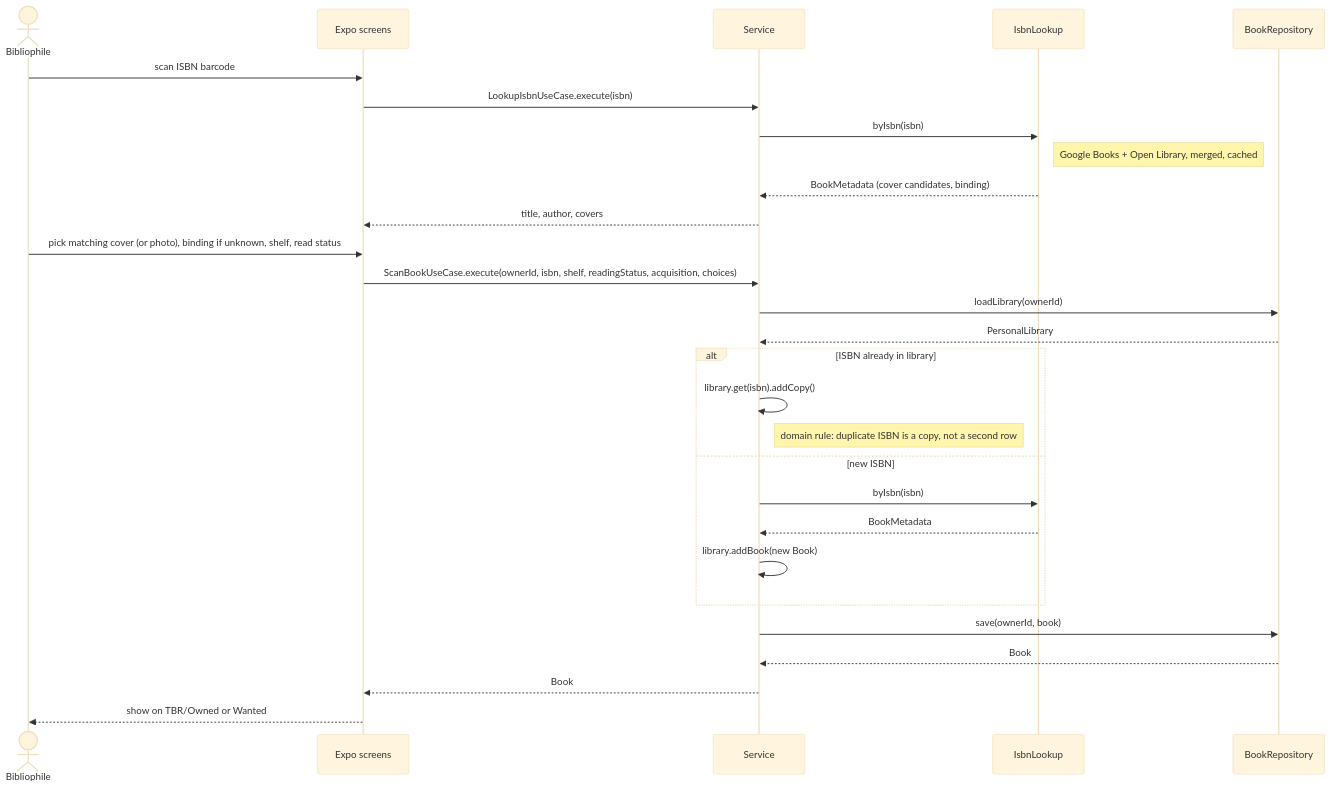
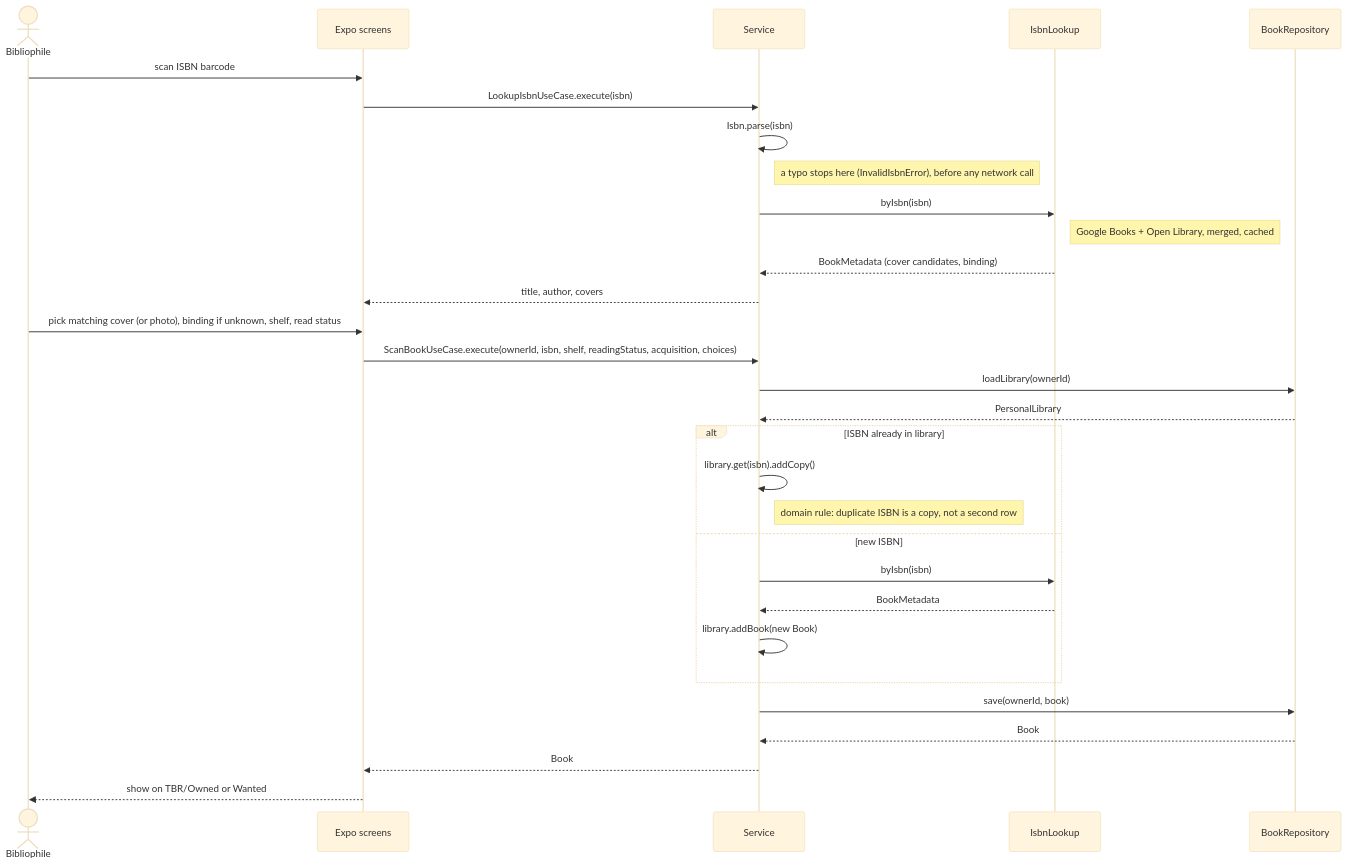
The diagram in docs/design/diagrams/sequence-scan.mmd (ghechavarria/cen5064-project-hechavarria), drawn with Mermaid (base theme) before and after one commit. The commit also changed 38 other files, not shown here.

```diff
--- a/docs/design/diagrams/sequence-scan.mmd
+++ b/docs/design/diagrams/sequence-scan.mmd
@@ -1,28 +1,30 @@
 sequenceDiagram
     actor U as Bibliophile
     participant UI as Expo screens
     participant S as Service
     participant L as IsbnLookup
     participant R as BookRepository
     U->>UI: scan ISBN barcode
     UI->>S: LookupIsbnUseCase.execute(isbn)
+    S->>S: Isbn.parse(isbn)
+    Note right of S: a typo stops here (InvalidIsbnError), before any network call
     S->>L: byIsbn(isbn)
     Note right of L: Google Books + Open Library, merged, cached
     L-->>S: BookMetadata (cover candidates, binding)
     S-->>UI: title, author, covers
     U->>UI: pick matching cover (or photo), binding if unknown, shelf, read status
     UI->>S: ScanBookUseCase.execute(ownerId, isbn, shelf, readingStatus, acquisition, choices)
     S->>R: loadLibrary(ownerId)
     R-->>S: PersonalLibrary
     alt ISBN already in library
         S->>S: library.get(isbn).addCopy()
         Note right of S: domain rule: duplicate ISBN is a copy, not a second row
     else new ISBN
         S->>L: byIsbn(isbn)
         L-->>S: BookMetadata
         S->>S: library.addBook(new Book)
     end
     S->>R: save(ownerId, book)
     R-->>S: Book
     S-->>UI: Book
     UI-->>U: show on TBR/Owned or Wanted
```
